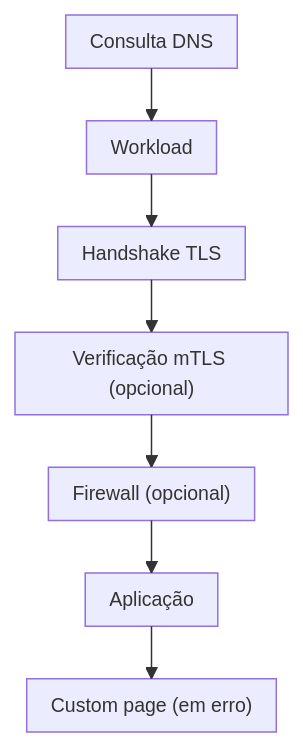
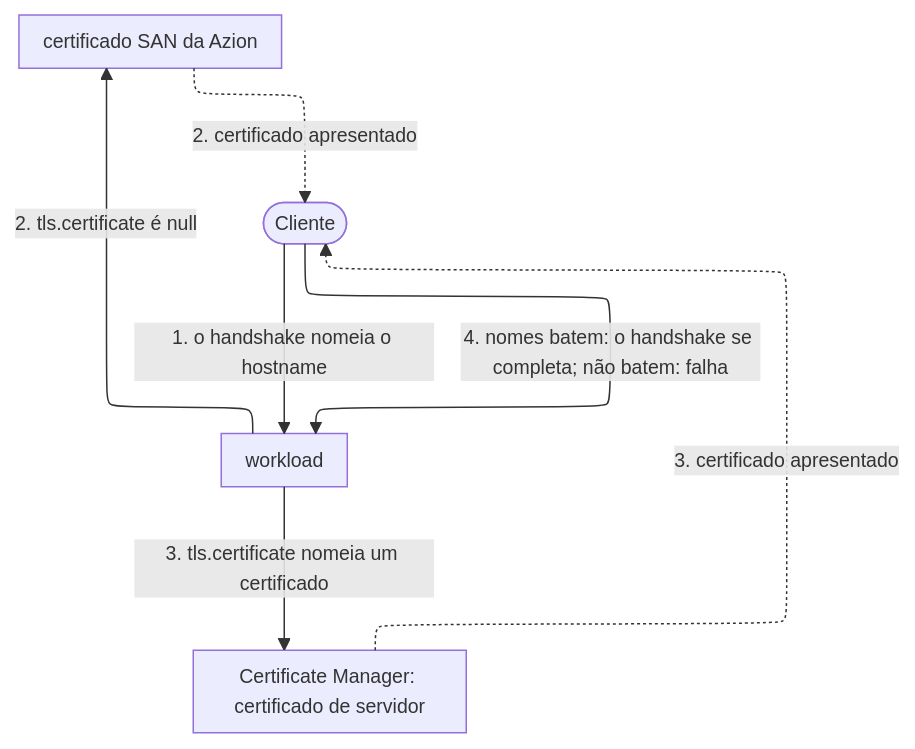
Before and after one commit to aziontech/docs: the second of 5 diagrams in apps/docs/src/content/docs/pt-br/pages/secure/workloads/como-funciona.mdx, drawn with Mermaid. The commit also changed other lines of this file and 7 other files, not shown here.

````diff
--- a/apps/docs/src/content/docs/pt-br/pages/secure/workloads/como-funciona.mdx
+++ b/apps/docs/src/content/docs/pt-br/pages/secure/workloads/como-funciona.mdx
@@ -32,10 +116,14 @@
 ```mermaid
-%%{init: {"layout": "elk", "themeVariables": {"fontSize": "13px"}, "flowchart": {"nodeSpacing": 24, "rankSpacing": 36, "padding": 8, "wrappingWidth": 150, "useMaxWidth": true}, "sequence": {"width": 120, "actorMargin": 30, "useMaxWidth": true}}}%%
+%%{init: {"layout": "elk", "elk": {"preset": "modelOrder", "keepEntryNodeOnTop": true}, "themeVariables": {"fontSize": "13px"}, "flowchart": {"nodeSpacing": 24, "rankSpacing": 36, "padding": 8, "wrappingWidth": 150, "useMaxWidth": true}, "sequence": {"width": 120, "actorMargin": 30, "useMaxWidth": true}}}%%
 flowchart TD
-  DNS["Consulta DNS"] --> Host["Workload"]
-  Host --> TLS["Handshake TLS"]
-  TLS --> MTLS["Verificação mTLS (opcional)"]
-  MTLS --> FW["Firewall (opcional)"]
-  FW --> App["Aplicação"]
-  App --> CP["Custom page (em erro)"]
+  Client(["Cliente"])
+  WL["workload"]
+  SAN["certificado SAN da Azion"]
+  CM["Certificate Manager: certificado de servidor"]
+  Client -->|"1. o handshake nomeia o hostname"| WL
+  WL -->|"2. tls.certificate é null"| SAN
+  WL -->|"3. tls.certificate nomeia um certificado"| CM
+  SAN -.->|"2. certificado apresentado"| Client
+  CM -.->|"3. certificado apresentado"| Client
+  Client -->|"4. nomes batem: o handshake se completa; não batem: falha"| WL
 ```
````
